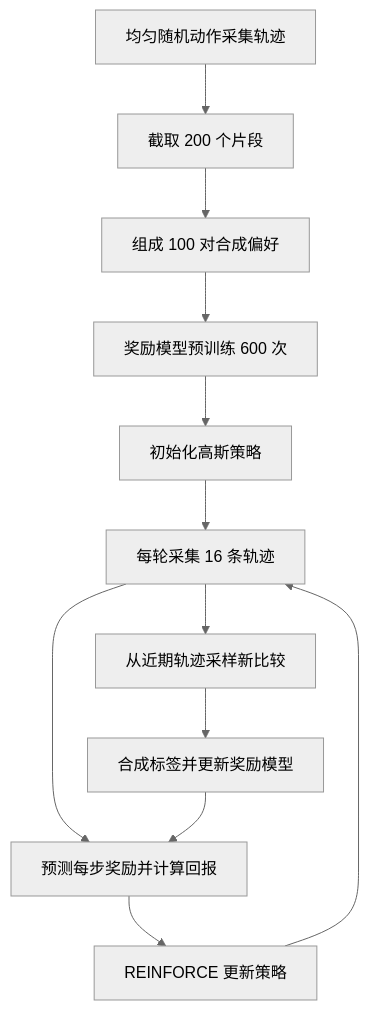
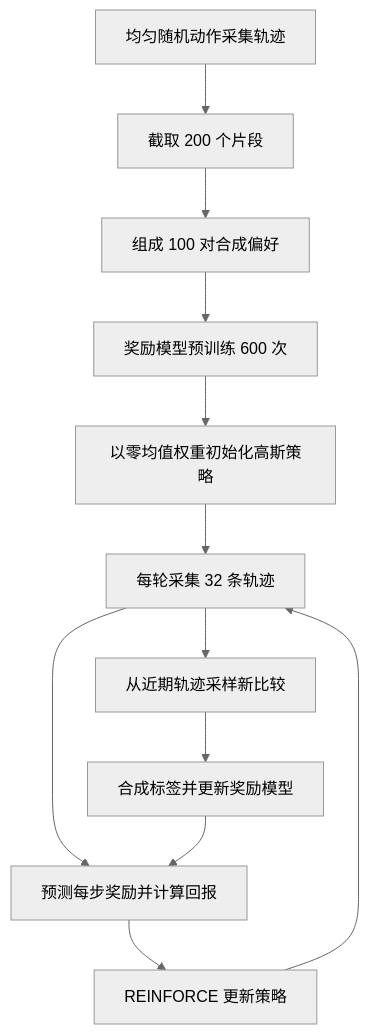
One commit to InfronAI/mini-rl-teacher changed the diagram in README.zh-CN.md. Above: the diagram before and after it, drawn with Mermaid (neutral theme). The commit also changed other lines of this file and 16 other files, not shown here.

````diff
--- a/README.zh-CN.md
+++ b/README.zh-CN.md
@@ -70,14 +99,14 @@
 ```mermaid
 flowchart TD
     A[均匀随机动作采集轨迹] --> B[截取 200 个片段]
     B --> C[组成 100 对合成偏好]
     C --> D[奖励模型预训练 600 次]
-    D --> E[初始化高斯策略]
-    E --> F[每轮采集 16 条轨迹]
+    D --> E[以零均值权重初始化高斯策略]
+    E --> F[每轮采集 32 条轨迹]
     F --> G[预测每步奖励并计算回报]
     G --> H[REINFORCE 更新策略]
     H --> F
     F --> I[从近期轨迹采样新比较]
     I --> J[合成标签并更新奖励模型]
     J --> G
 ```
````
